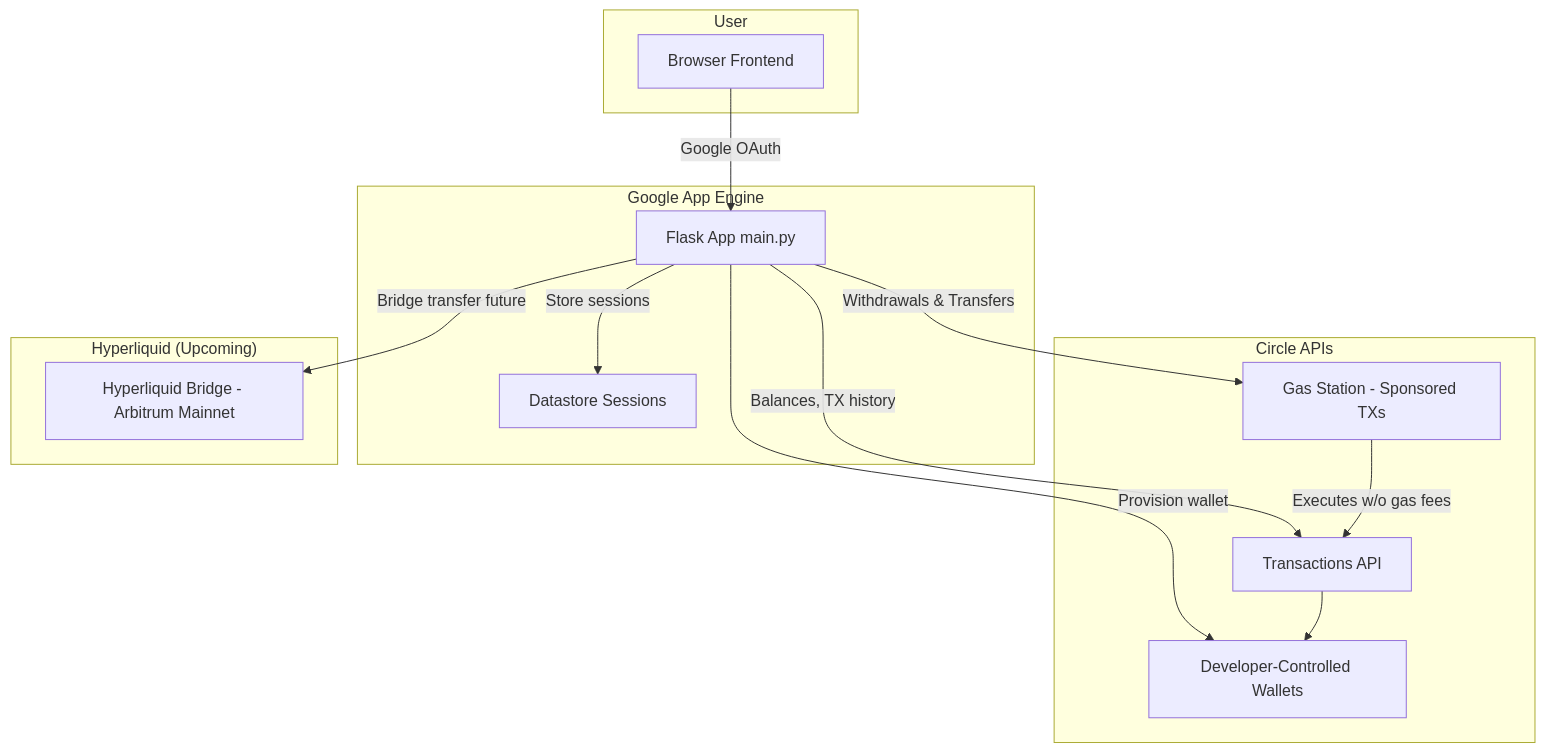
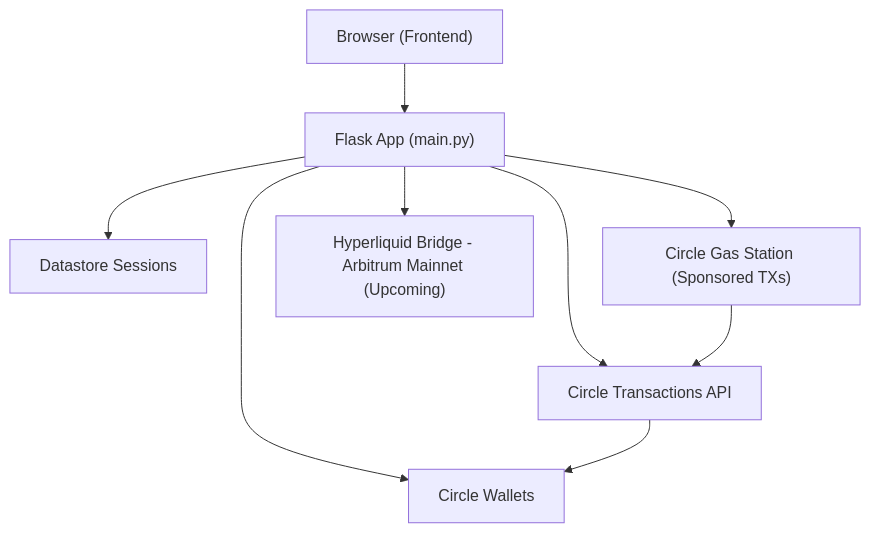
One commit to chainparser/revenant changed the diagram in README.md. Above: the diagram before and after it, drawn with Mermaid.

````diff
--- a/README.md
+++ b/README.md
@@ -23,30 +23,15 @@
 ```mermaid
 flowchart TD
-    subgraph User["User"]
-        browser["Browser Frontend"]
-    end
+    browser["Browser (Frontend)"] --> flask["Flask App (main.py)"]
 
-    subgraph AppEngine["Google App Engine"]
-        flask["Flask App main.py"]
-        sessions["Datastore Sessions"]
-    end
+    flask --> sessions["Datastore Sessions"]
 
-    subgraph Circle["Circle APIs"]
-        wallets["Developer-Controlled Wallets"]
-        gas["Gas Station - Sponsored TXs"]
-        transfers["Transactions API"]
-    end
+    flask --> wallets["Circle Wallets"]
+    flask --> transfers["Circle Transactions API"]
+    flask --> gas["Circle Gas Station (Sponsored TXs)"]
 
-    subgraph Infra["Hyperliquid (Upcoming)"]
-        hlbridge["Hyperliquid Bridge - Arbitrum Mainnet"]
-    end
+    gas --> transfers
+    transfers --> wallets
 
-    browser -->|Google OAuth| flask
-    flask -->|Store sessions| sessions
-    flask -->|Provision wallet| wallets
-    flask -->|Balances, TX history| transfers
-    flask -->|Withdrawals & Transfers| gas
-    gas -->|Executes w/o gas fees| transfers
-    transfers --> wallets
-    flask -->|Bridge transfer future| hlbridge
+    flask --> hlbridge["Hyperliquid Bridge - Arbitrum Mainnet (Upcoming)"]
 ```
````
